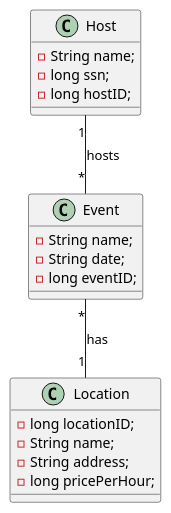
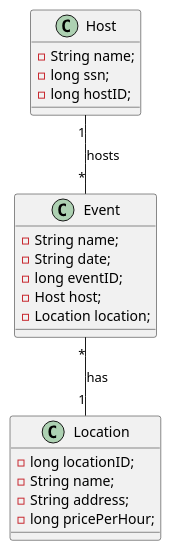
The diagram in asciidoc/plantuml/cld.puml (2122-5ahitm-sew/01-microproject-sknogler), drawn with PlantUML before and after one commit.

Commit message:
CLD updated

```diff
--- a/asciidoc/plantuml/cld.puml
+++ b/asciidoc/plantuml/cld.puml
@@ -1,25 +1,27 @@
 @startuml
 
 class Event{
   - String name;
   - String date;
   - long eventID;
+  - Host host;
+  - Location location;
 }
 
 class Host{
   - String name;
   - long ssn;
   - long hostID;
 }
 
 class Location{
   - long locationID;
   - String name;
   - String address;
   - long pricePerHour;
 }
 
 Host "1" -- "*" Event : hosts
 Event "*" == "1" Location : has
 
 @enduml
```
